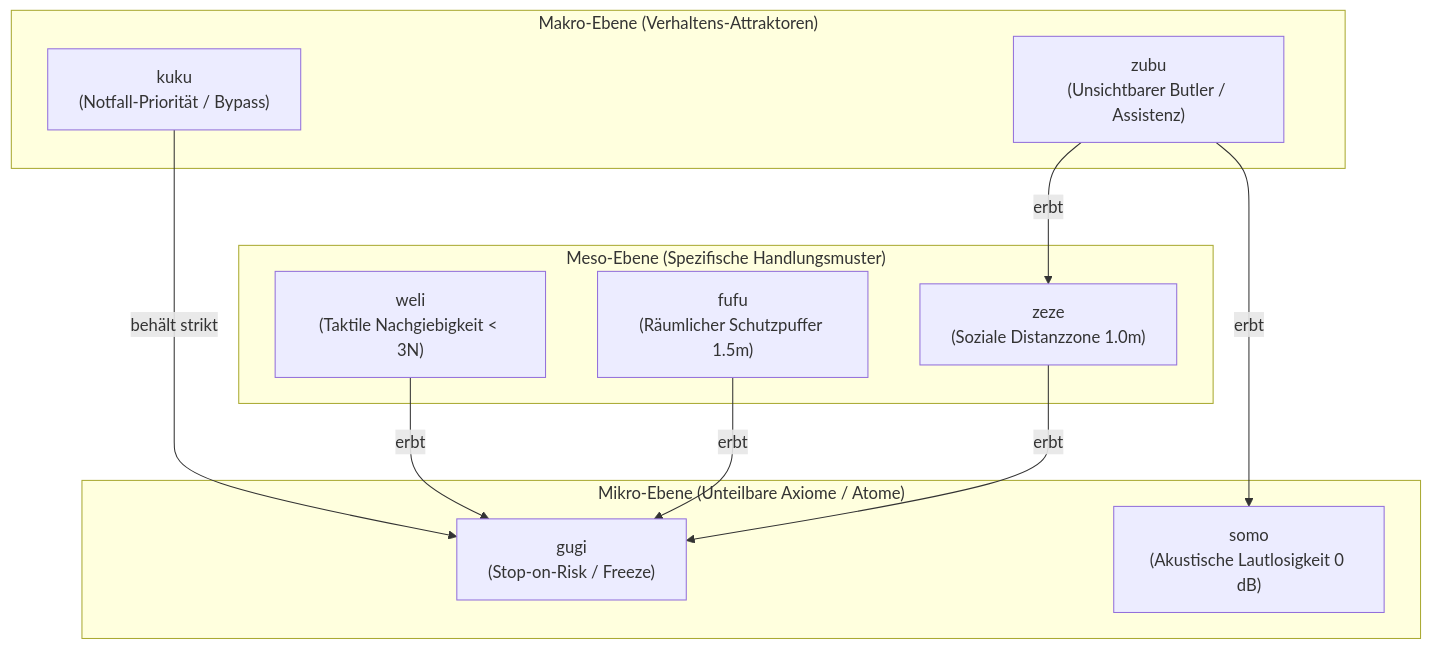
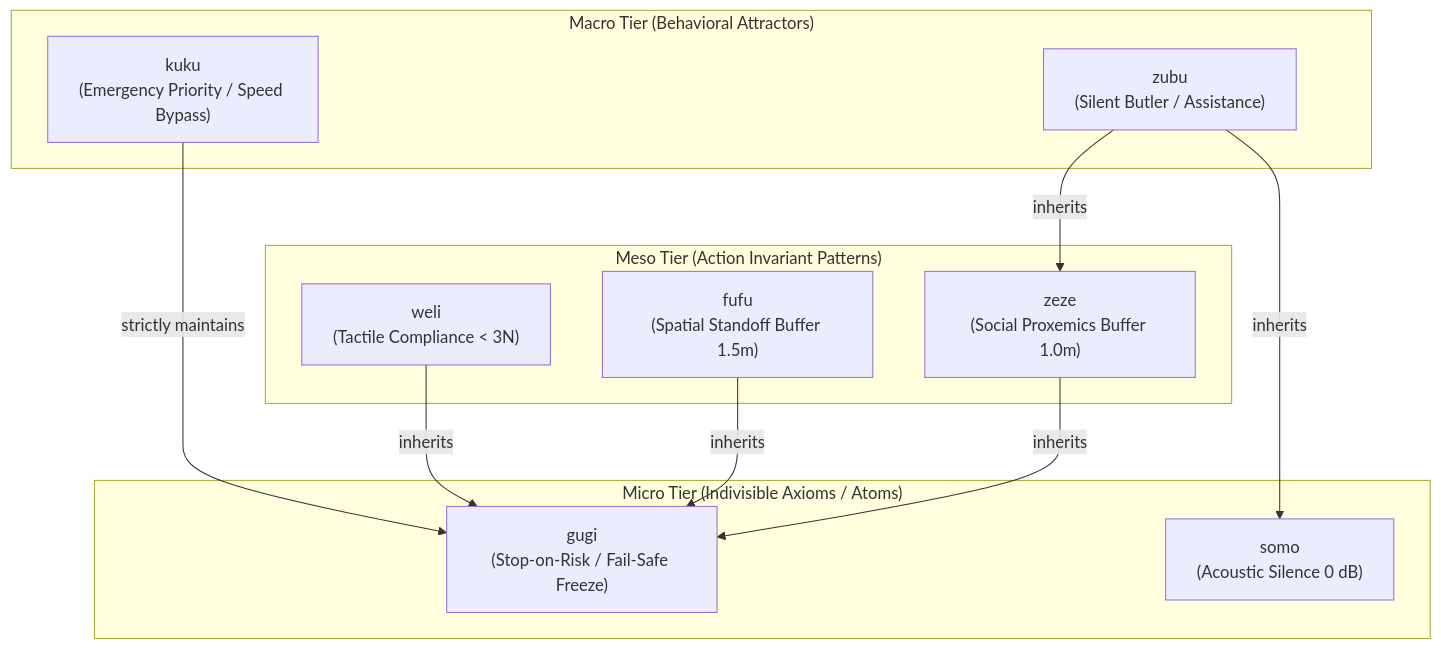
The diagram in dev/concepts/VOCABULARY_V1.md (CodiBasti/LingualCompositeLearning), drawn with Mermaid before and after one commit. The commit also changed other lines of this file and 46 other files, not shown here.

````diff
--- a/dev/concepts/VOCABULARY_V1.md
+++ b/dev/concepts/VOCABULARY_V1.md
@@ -15,25 +15,25 @@
 ```mermaid
 graph TD
-    subgraph Makro["Makro-Ebene (Verhaltens-Attraktoren)"]
-        zubu["zubu<br/>(Unsichtbarer Butler / Assistenz)"]
-        kuku["kuku<br/>(Notfall-Priorität / Bypass)"]
+    subgraph Macro["Macro Tier (Behavioral Attractors)"]
+        zubu["zubu<br/>(Silent Butler / Assistance)"]
+        kuku["kuku<br/>(Emergency Priority / Speed Bypass)"]
     end
 
-    subgraph Meso["Meso-Ebene (Spezifische Handlungsmuster)"]
-        fufu["fufu<br/>(Räumlicher Schutzpuffer 1.5m)"]
-        weli["weli<br/>(Taktile Nachgiebigkeit < 3N)"]
-        zeze["zeze<br/>(Soziale Distanzzone 1.0m)"]
+    subgraph Meso["Meso Tier (Action Invariant Patterns)"]
+        fufu["fufu<br/>(Spatial Standoff Buffer 1.5m)"]
+        weli["weli<br/>(Tactile Compliance < 3N)"]
+        zeze["zeze<br/>(Social Proxemics Buffer 1.0m)"]
     end
 
-    subgraph Mikro["Mikro-Ebene (Unteilbare Axiome / Atome)"]
-        gugi["gugi<br/>(Stop-on-Risk / Freeze)"]
-        somo["somo<br/>(Akustische Lautlosigkeit 0 dB)"]
+    subgraph Micro["Micro Tier (Indivisible Axioms / Atoms)"]
+        gugi["gugi<br/>(Stop-on-Risk / Fail-Safe Freeze)"]
+        somo["somo<br/>(Acoustic Silence 0 dB)"]
     end
 
-    zubu -->|"erbt"| zeze
-    zubu -->|"erbt"| somo
-    zeze -->|"erbt"| gugi
-    fufu -->|"erbt"| gugi
-    weli -->|"erbt"| gugi
-    kuku -->|"behält strikt"| gugi
+    zubu -->|"inherits"| zeze
+    zubu -->|"inherits"| somo
+    zeze -->|"inherits"| gugi
+    fufu -->|"inherits"| gugi
+    weli -->|"inherits"| gugi
+    kuku -->|"strictly maintains"| gugi
 ```
````
